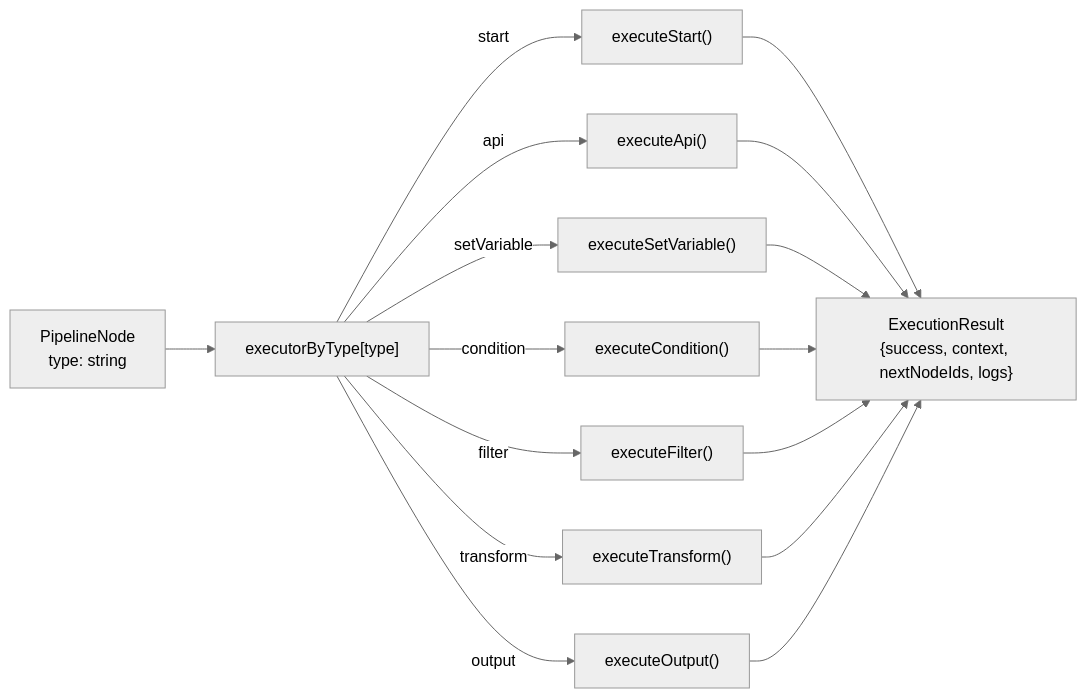
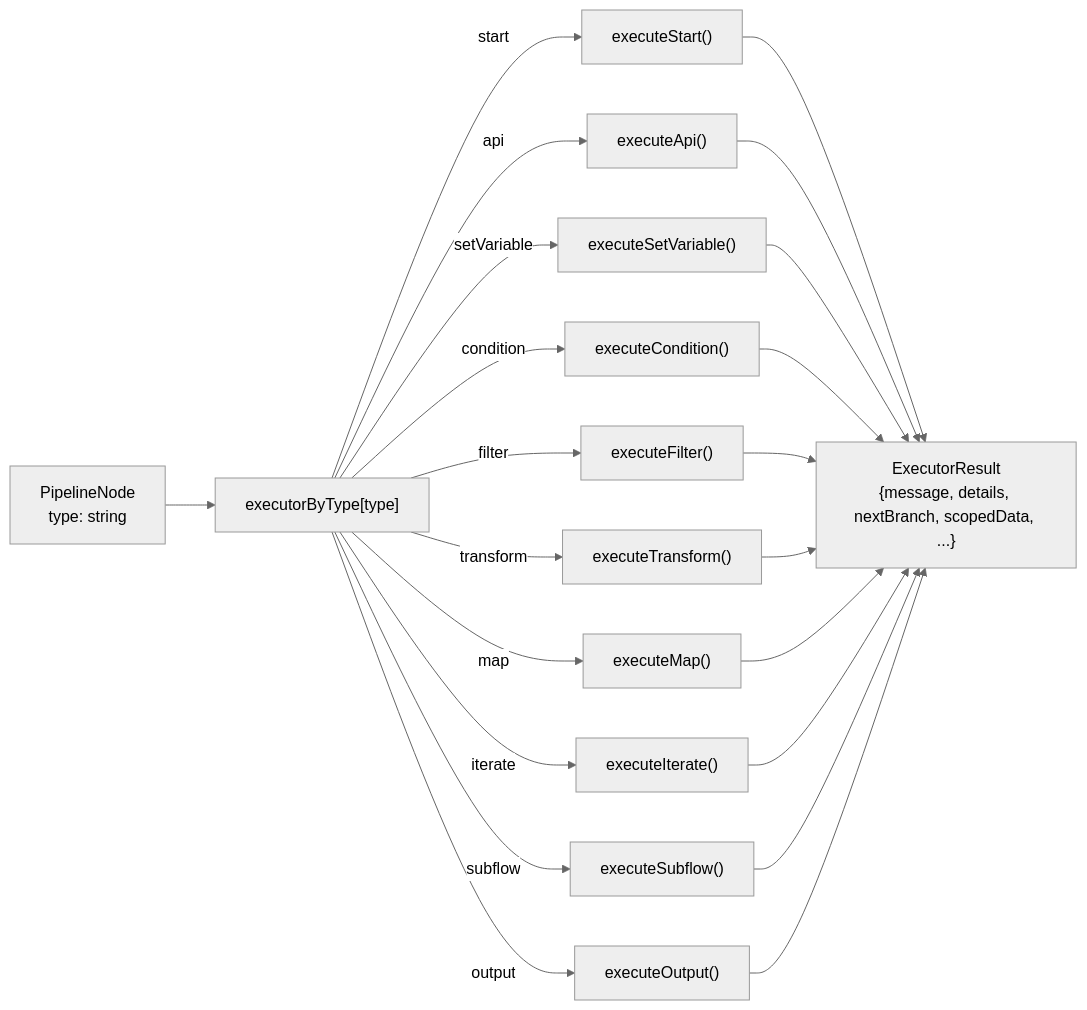
One commit to silvanic/ETL_Experiment changed the ninth of 12 diagrams in docs/technique/DIAGRAMS.md. Above: the diagram before and after it, drawn with Mermaid (neutral theme). The commit also changed other lines of this file and 41 other files, not shown here.

````diff
--- a/docs/technique/DIAGRAMS.md
+++ b/docs/technique/DIAGRAMS.md
@@ -315,22 +321,28 @@
 ```mermaid
 graph LR
     Node["PipelineNode<br/>type: string"]
     
     Node --> Dispatch["executorByType[type]"]
     
     Dispatch -->|start| Start["executeStart()"]
     Dispatch -->|api| Api["executeApi()"]
     Dispatch -->|setVariable| SetVar["executeSetVariable()"]
     Dispatch -->|condition| Cond["executeCondition()"]
     Dispatch -->|filter| Filter["executeFilter()"]
     Dispatch -->|transform| Transform["executeTransform()"]
+    Dispatch -->|map| Map["executeMap()"]
+    Dispatch -->|iterate| Iterate["executeIterate()"]
+    Dispatch -->|subflow| Subflow["executeSubflow()"]
     Dispatch -->|output| Output["executeOutput()"]
     
-    Start --> Result["ExecutionResult<br/>{success, context, nextNodeIds, logs}"]
+    Start --> Result["ExecutorResult<br/>{message, details, nextBranch, scopedData, ...}"]
     Api --> Result
     SetVar --> Result
     Cond --> Result
     Filter --> Result
     Transform --> Result
+    Map --> Result
+    Iterate --> Result
+    Subflow --> Result
     Output --> Result
 ```
````
